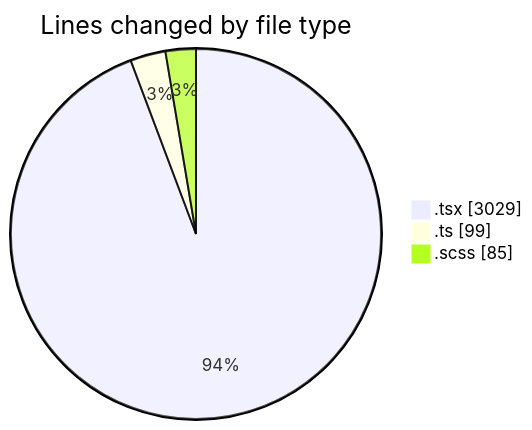
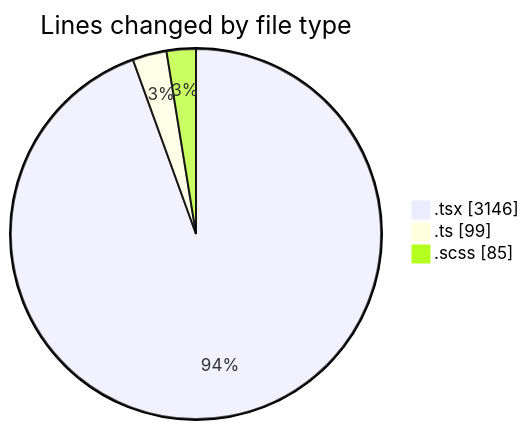
The first of 2 diagrams in 2025-02-11/cda/README.md (momahboobian/code-tracking), drawn with Mermaid before and after one commit. The commit also changed other lines of this file and 1 other file, not shown here.

````diff
--- a/2025-02-11/cda/README.md
+++ b/2025-02-11/cda/README.md
@@ -24,7 +24,7 @@
 ```mermaid
 pie showData
 title Lines changed by file type
-".tsx" : 3029
+".tsx" : 3146
 ".ts" : 99
 ".scss" : 85
 ```
````
